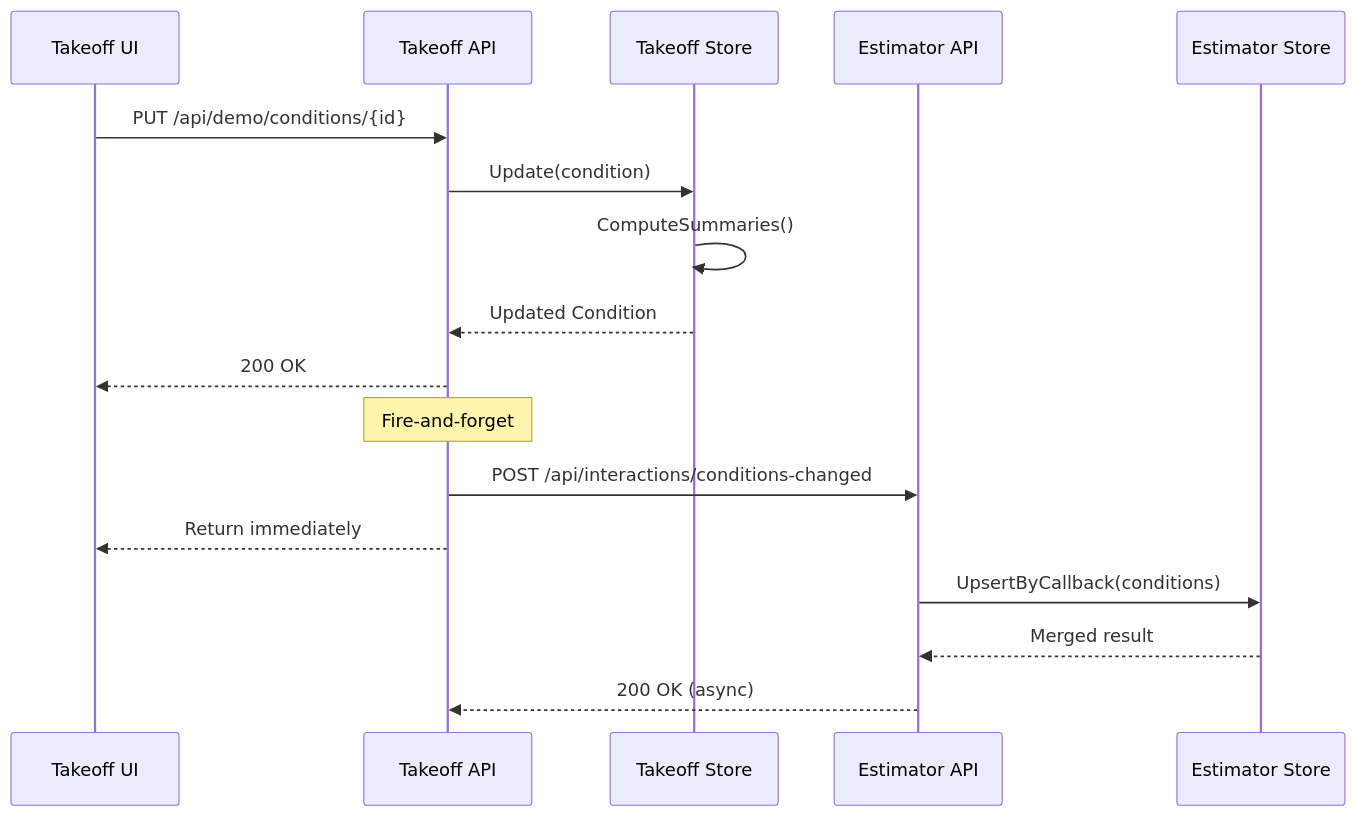
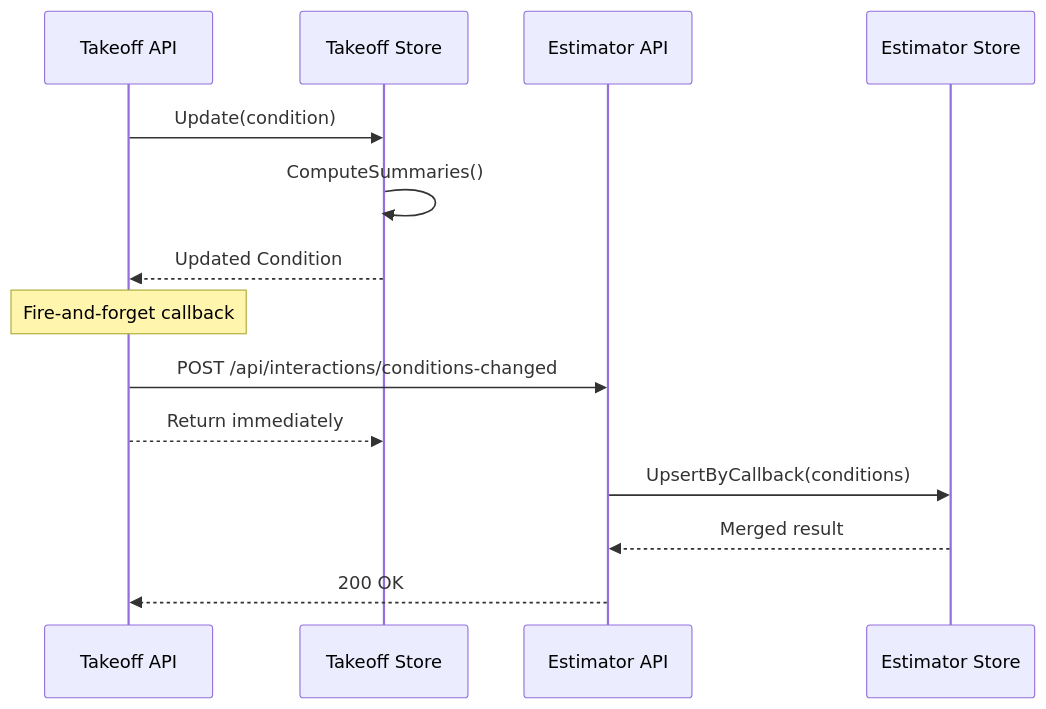
Before and after one commit to pkarabut-bw/embedded-integration: the second of 7 diagrams in docs/contract-diagrams.md, drawn with Mermaid. The commit also changed other lines of this file, not shown here.

Commit message:
updated diagrams

````diff
--- a/docs/contract-diagrams.md
+++ b/docs/contract-diagrams.md
@@ -54,22 +54,19 @@
 ```mermaid
 sequenceDiagram
-    participant TakeoffUI as Takeoff UI
     participant TakeoffAPI as Takeoff API
     participant TakeoffStore as Takeoff Store
     participant EstimatorAPI as Estimator API
     participant EstimatorStore as Estimator Store
     
-    TakeoffUI->>TakeoffAPI: PUT /api/demo/conditions/{id}
     TakeoffAPI->>TakeoffStore: Update(condition)
     TakeoffStore->>TakeoffStore: ComputeSummaries()
     TakeoffStore-->>TakeoffAPI: Updated Condition
-    TakeoffAPI-->>TakeoffUI: 200 OK
     
-    Note over TakeoffAPI: Fire-and-forget
+    Note over TakeoffAPI: Fire-and-forget callback
     TakeoffAPI->>EstimatorAPI: POST /api/interactions/conditions-changed
-    TakeoffAPI-->>TakeoffUI: Return immediately
+    TakeoffAPI-->>TakeoffStore: Return immediately
     
     EstimatorAPI->>EstimatorStore: UpsertByCallback(conditions)
     EstimatorStore-->>EstimatorAPI: Merged result
-    EstimatorAPI-->>TakeoffAPI: 200 OK (async)
+    EstimatorAPI-->>TakeoffAPI: 200 OK
 ```
````
